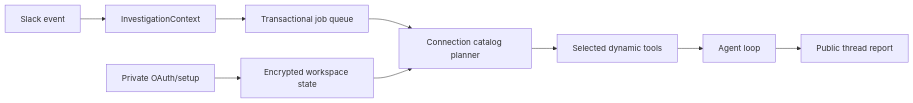
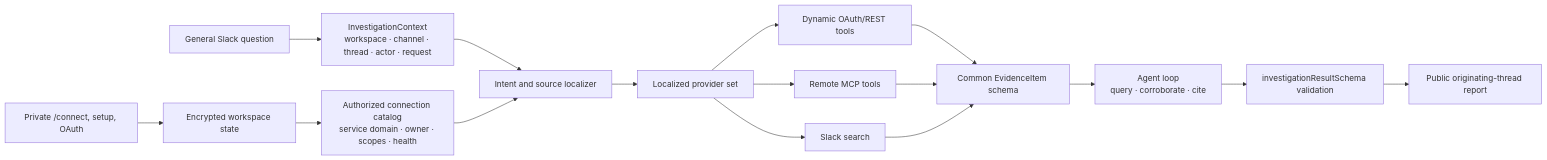
The diagram in ARCHITECTURE.md (kjblue3/agentkj), drawn with Mermaid before and after one commit. The commit also changed other lines of this file and 22 other files, not shown here.

````diff
--- a/ARCHITECTURE.md
+++ b/ARCHITECTURE.md
@@ -3,11 +3,18 @@
 ```mermaid
 flowchart LR
-  S["Slack event"] --> C["InvestigationContext"]
-  C --> J["Transactional job queue"]
-  J --> P["Connection catalog planner"]
-  P --> T["Selected dynamic tools"]
-  T --> A["Agent loop"]
-  A --> R["Public thread report"]
-  O["Private OAuth/setup"] --> D["Encrypted workspace state"]
-  D --> P
+  U["General Slack question"] --> C["InvestigationContext<br/>workspace · channel · thread · actor · request"]
+  C --> I["Intent and source localizer"]
+  D["Authorized connection catalog<br/>service domain · owner · scopes · health"] --> I
+  I --> S["Localized provider set"]
+  S --> T1["Dynamic OAuth/REST tools"]
+  S --> T2["Remote MCP tools"]
+  S --> T3["Slack search"]
+  T1 --> N["Common EvidenceItem schema"]
+  T2 --> N
+  T3 --> N
+  N --> A["Agent loop<br/>query · corroborate · cite"]
+  A --> V["investigationResultSchema validation"]
+  V --> R["Public originating-thread report"]
+  P["Private /connect, setup, OAuth"] --> E["Encrypted workspace state"]
+  E --> D
 ```
````
